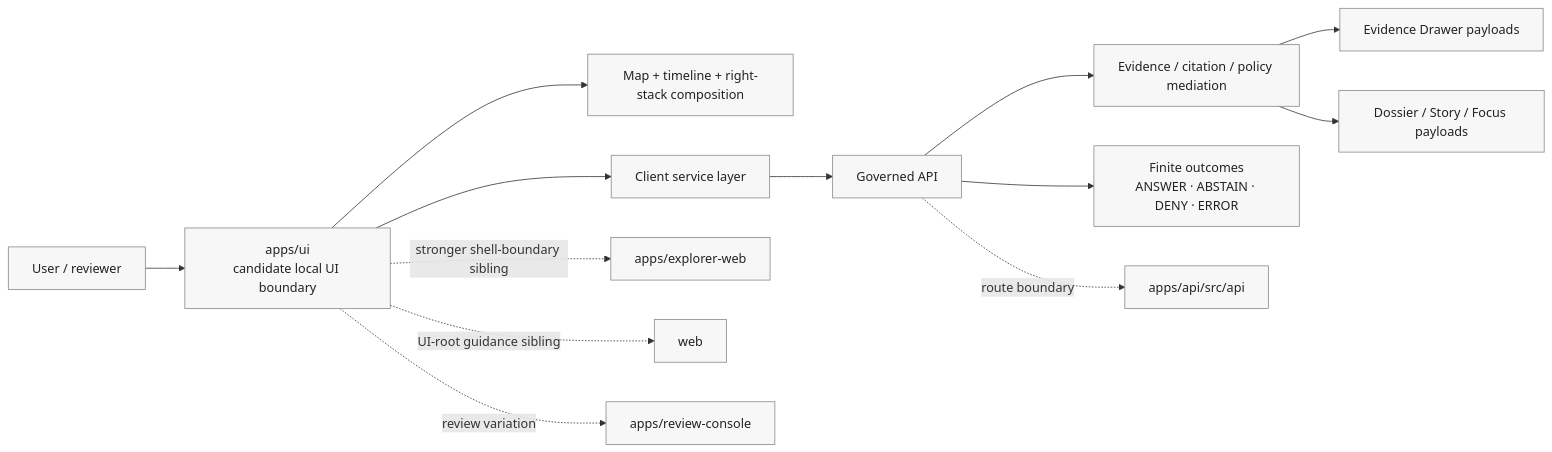
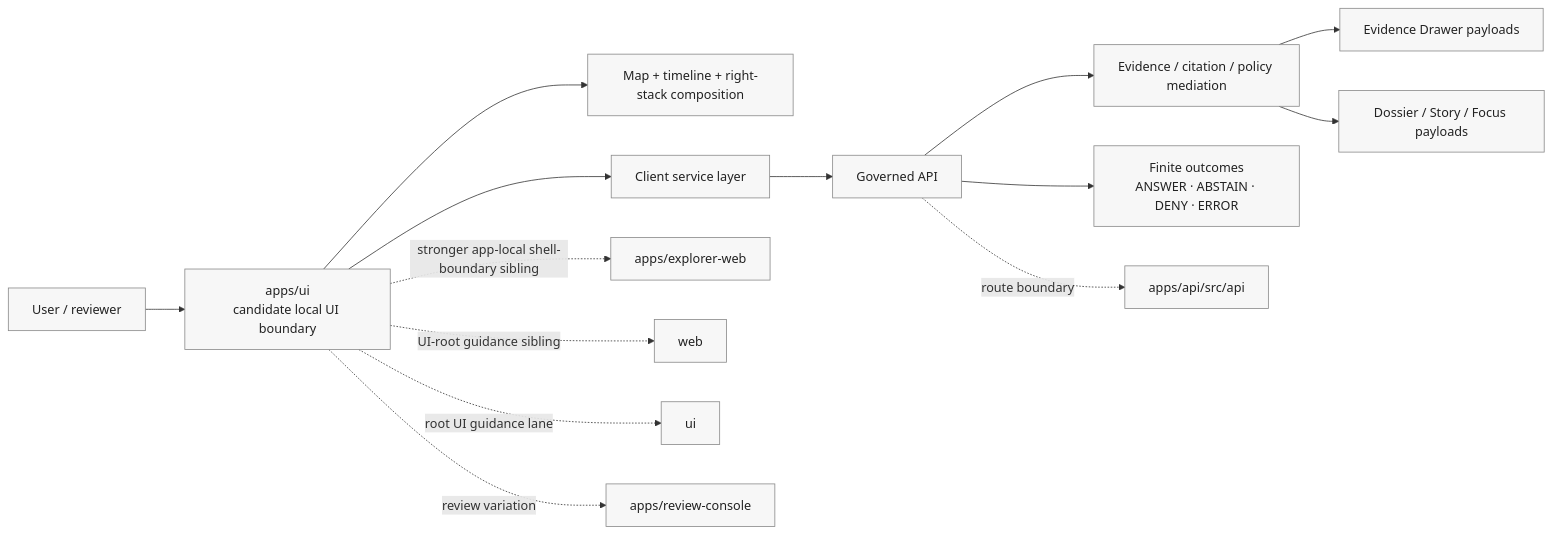
Before and after one commit to bartytime4life/Kansas-Frontier-Matrix: the diagram in apps/ui/README.md, drawn with Mermaid. The commit also changed other lines of this file, not shown here.

````diff
--- a/apps/ui/README.md
+++ b/apps/ui/README.md
@@ -269,19 +310,20 @@
 ```mermaid
 flowchart LR
     U[User / reviewer] --> UI[apps/ui<br/>candidate local UI boundary]
     UI --> SHELL[Map + timeline + right-stack composition]
     UI --> SVC[Client service layer]
     SVC --> GAPI[Governed API]
     GAPI --> EV[Evidence / citation / policy mediation]
     GAPI --> OUT[Finite outcomes<br/>ANSWER · ABSTAIN · DENY · ERROR]
     EV --> ED[Evidence Drawer payloads]
     EV --> DS[Dossier / Story / Focus payloads]
 
-    UI -. stronger shell-boundary sibling .-> EX[apps/explorer-web]
+    UI -. stronger app-local shell-boundary sibling .-> EX[apps/explorer-web]
     UI -. UI-root guidance sibling .-> WEB[web]
+    UI -. root UI guidance lane .-> RUI[ui]
     UI -. review variation .-> RC[apps/review-console]
     GAPI -. route boundary .-> API[apps/api/src/api]
 
     classDef soft fill:#f7f7f7,stroke:#888,color:#222;
-    class UI,SHELL,SVC,GAPI,EV,OUT,ED,DS,EX,WEB,RC,API,U soft;
+    class UI,SHELL,SVC,GAPI,EV,OUT,ED,DS,EX,WEB,RUI,RC,API,U soft;
 ```
````
